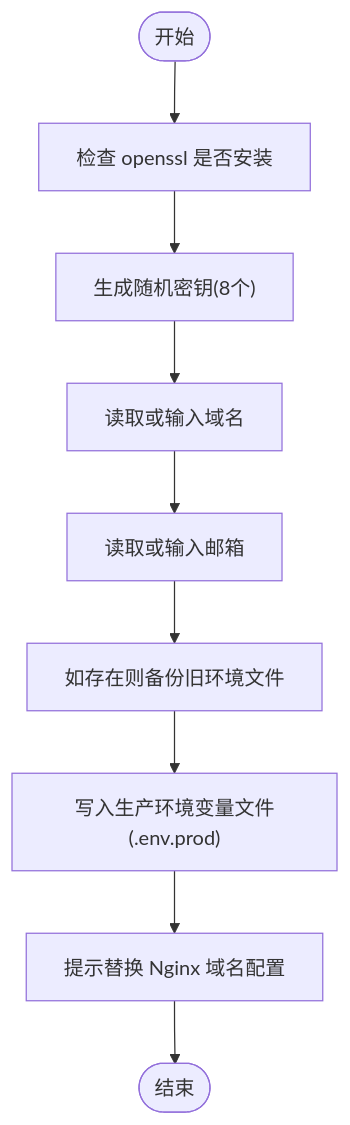
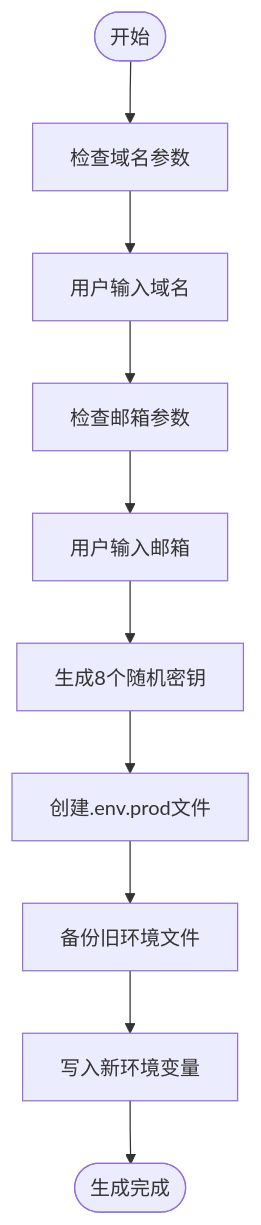
Before and after one commit to Will0253/zczk: the third of 8 diagrams in .qoder/repowiki/zh/content/部署和运维/部署配置/自动化部署脚本.md, drawn with Mermaid. The commit also changed other lines of this file and 13 other files, not shown here.

````diff
--- a/.qoder/repowiki/zh/content/部署和运维/部署配置/自动化部署脚本.md
+++ b/.qoder/repowiki/zh/content/部署和运维/部署配置/自动化部署脚本.md
@@ -118,11 +143,12 @@
 ```mermaid
 flowchart TD
-Start(["开始"]) --> CheckOpenSSL["检查 openssl 是否安装"]
-CheckOpenSSL --> GenRandom["生成随机密钥(8个)"]
-GenRandom --> ReadDomain["读取或输入域名"]
-ReadDomain --> ReadEmail["读取或输入邮箱"]
-ReadEmail --> BackupEnv["如存在则备份旧环境文件"]
-BackupEnv --> WriteEnv["写入生产环境变量文件(.env.prod)"]
-WriteEnv --> Tips["提示替换 Nginx 域名配置"]
-Tips --> End(["结束"])
+Start(["开始"]) --> CheckDomain["检查域名参数"]
+CheckDomain --> InputDomain["用户输入域名"]
+InputDomain --> CheckEmail["检查邮箱参数"]
+CheckEmail --> InputEmail["用户输入邮箱"]
+InputEmail --> GenerateKeys["生成8个随机密钥"]
+GenerateKeys --> CreateEnv["创建.env.prod文件"]
+CreateEnv --> BackupOld["备份旧环境文件"]
+BackupOld --> WriteEnv["写入新环境变量"]
+WriteEnv --> Success(["生成完成"])
 ```
````
